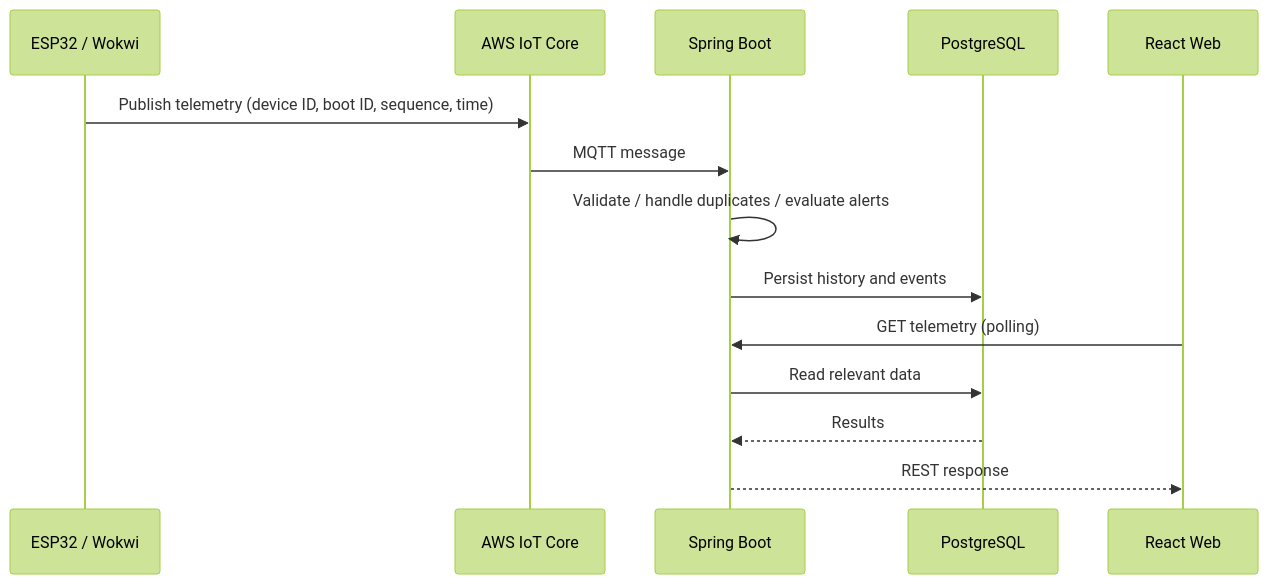
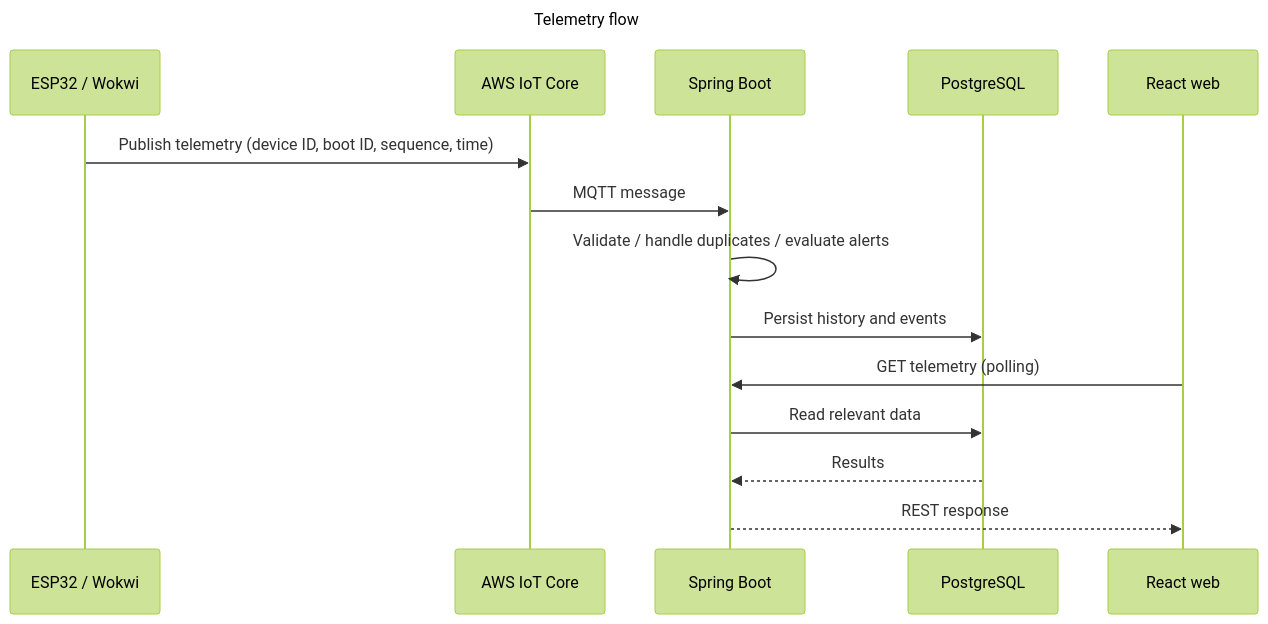
Before and after one commit to NiDa30/Interview: the third of 5 diagrams in book/chapters/chapter-12/12-02-system-architecture.md, drawn with Mermaid (forest theme). The commit also changed other lines of this file and 4 other files, not shown here.

````diff
--- a/book/chapters/chapter-12/12-02-system-architecture.md
+++ b/book/chapters/chapter-12/12-02-system-architecture.md
@@ -132,16 +121,17 @@
 ```mermaid
 sequenceDiagram
+    title Telemetry flow
     participant E as ESP32 / Wokwi
     participant I as AWS IoT Core
     participant B as Spring Boot
     participant D as PostgreSQL
-    participant U as React Web
+    participant U as React web
     E->>I: Publish telemetry (device ID, boot ID, sequence, time)
     I->>B: MQTT message
     B->>B: Validate / handle duplicates / evaluate alerts
     B->>D: Persist history and events
     U->>B: GET telemetry (polling)
     B->>D: Read relevant data
     D-->>B: Results
     B-->>U: REST response
 ```
````
